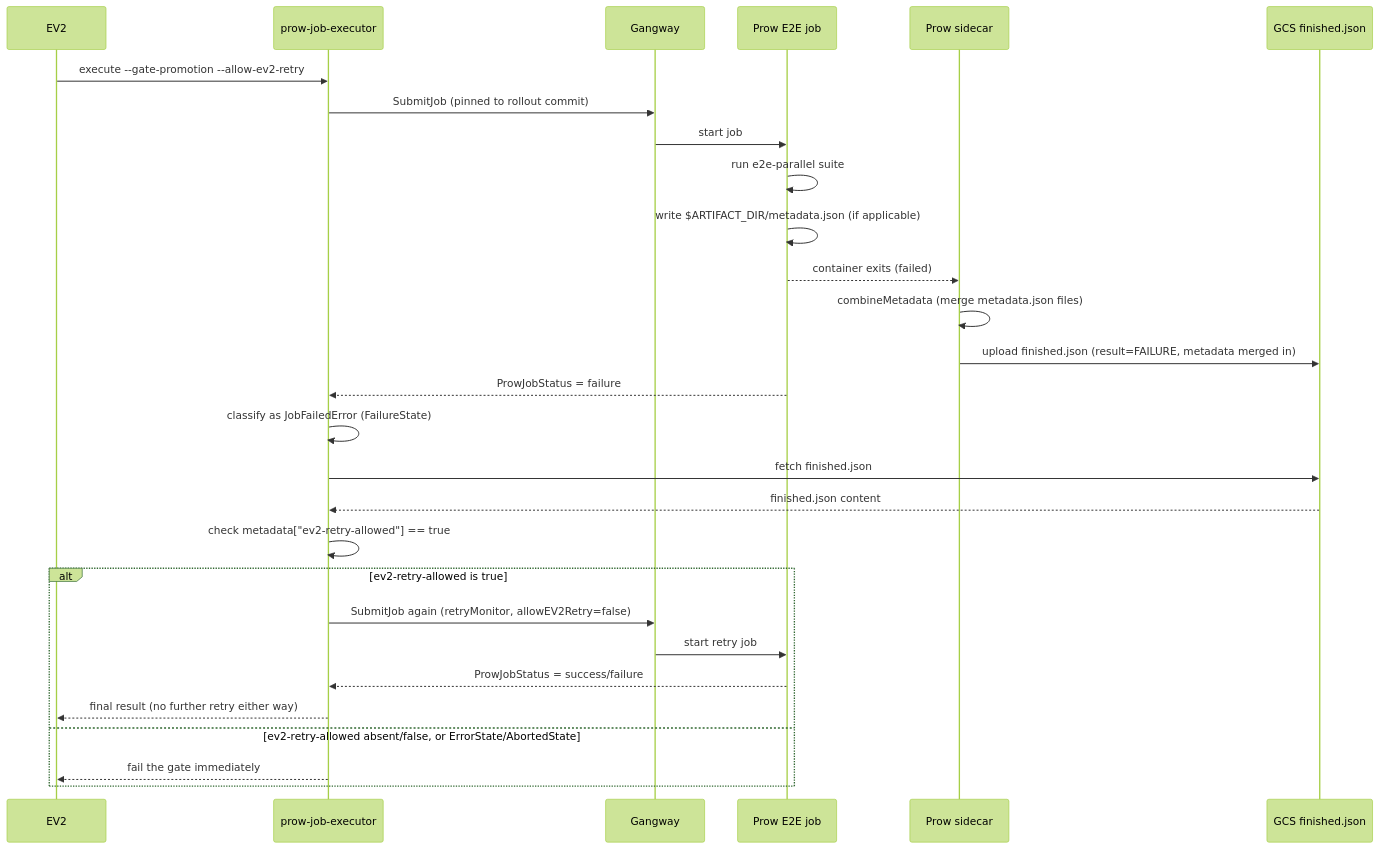
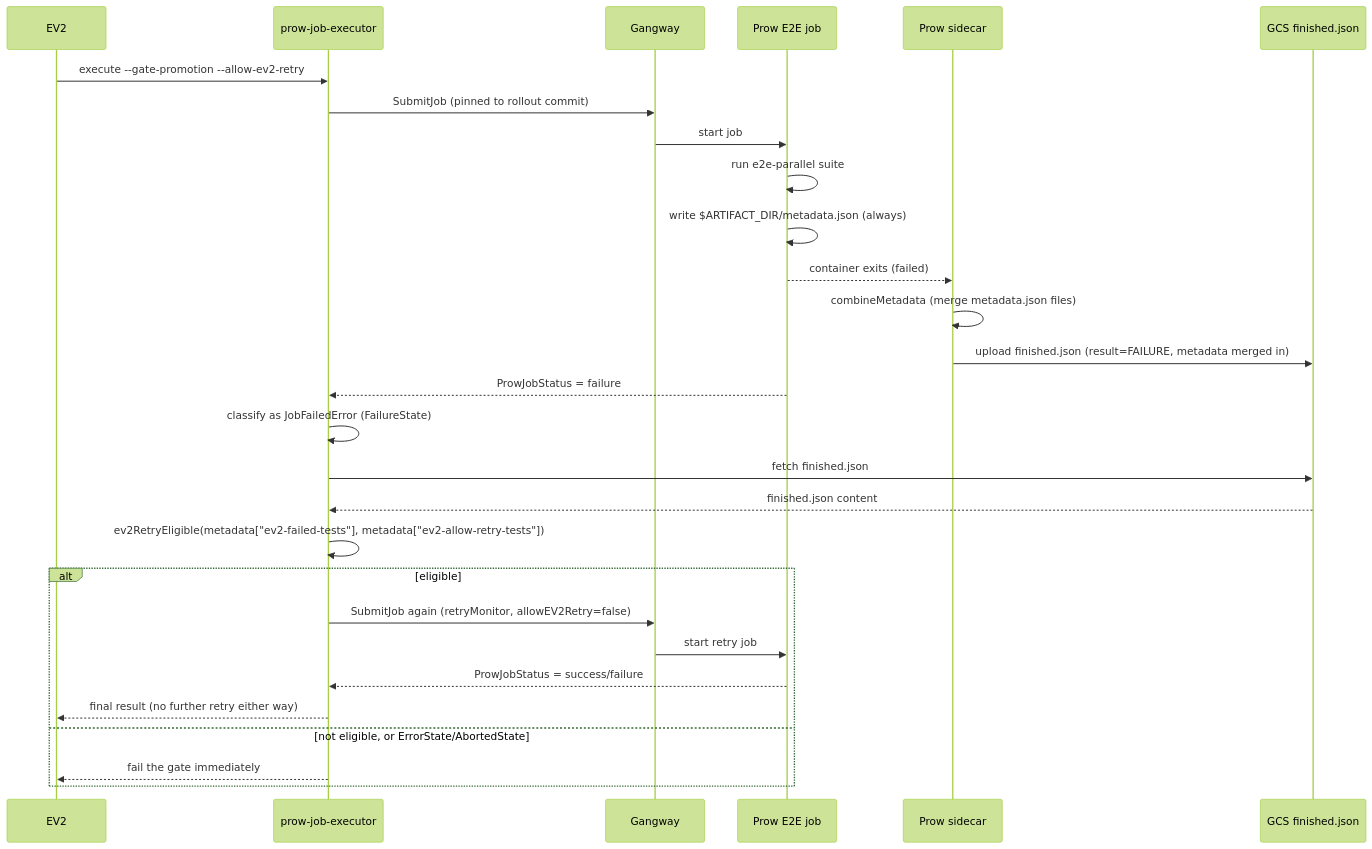
One commit to Azure/ARO-HCP changed the second of 2 diagrams in docs/ci/ev2-retry-catcher.md. Above: the diagram before and after it, drawn with Mermaid (forest theme). The commit also changed other lines of this file and 1 other file, not shown here.

First line of the commit message:
docs(ci): describe the always-report metadata + policy-in-executor split (AROSLSRE-1721)

````diff
--- a/docs/ci/ev2-retry-catcher.md
+++ b/docs/ci/ev2-retry-catcher.md
@@ -63,31 +63,31 @@
 ```mermaid
 sequenceDiagram
     participant EV2
     participant executor as prow-job-executor
     participant gangway as Gangway
     participant job as Prow E2E job
     participant sidecar as Prow sidecar
     participant gcs as GCS finished.json
 
     EV2->>executor: execute --gate-promotion --allow-ev2-retry
     executor->>gangway: SubmitJob (pinned to rollout commit)
     gangway->>job: start job
     job->>job: run e2e-parallel suite
-    job->>job: write $ARTIFACT_DIR/metadata.json (if applicable)
+    job->>job: write $ARTIFACT_DIR/metadata.json (always)
     job-->>sidecar: container exits (failed)
     sidecar->>sidecar: combineMetadata (merge metadata.json files)
     sidecar->>gcs: upload finished.json (result=FAILURE, metadata merged in)
     job-->>executor: ProwJobStatus = failure
     executor->>executor: classify as JobFailedError (FailureState)
     executor->>gcs: fetch finished.json
     gcs-->>executor: finished.json content
-    executor->>executor: check metadata["ev2-retry-allowed"] == true
-    alt ev2-retry-allowed is true
+    executor->>executor: ev2RetryEligible(metadata["ev2-failed-tests"], metadata["ev2-allow-retry-tests"])
+    alt eligible
         executor->>gangway: SubmitJob again (retryMonitor, allowEV2Retry=false)
         gangway->>job: start retry job
         job-->>executor: ProwJobStatus = success/failure
         executor-->>EV2: final result (no further retry either way)
-    else ev2-retry-allowed absent/false, or ErrorState/AbortedState
+    else not eligible, or ErrorState/AbortedState
         executor-->>EV2: fail the gate immediately
     end
 ```
````
